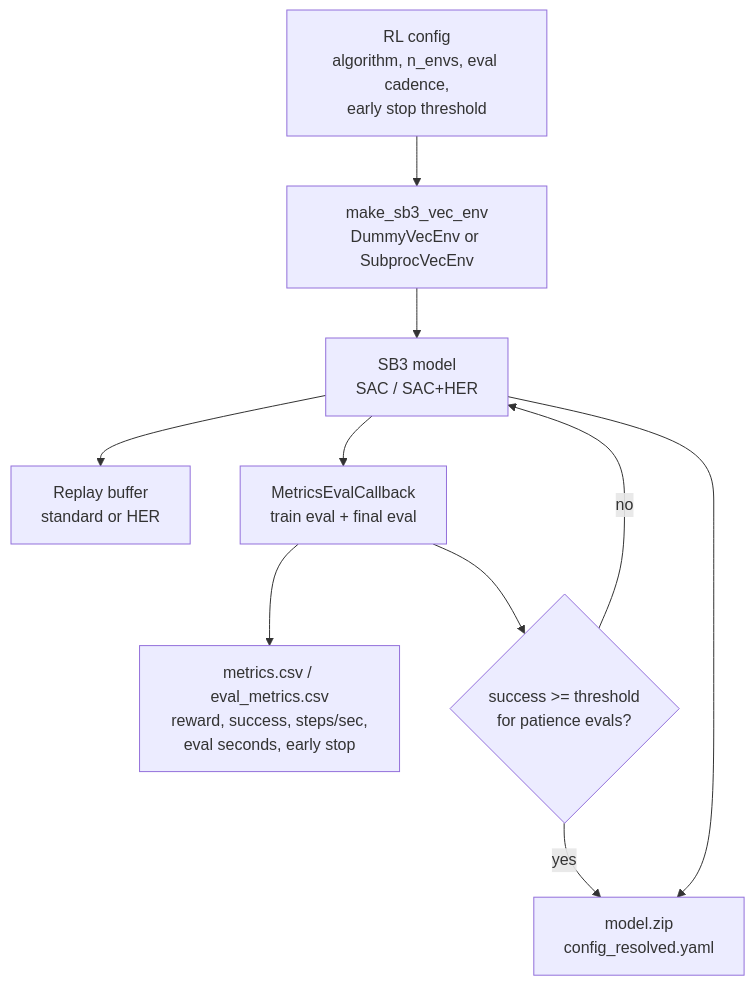
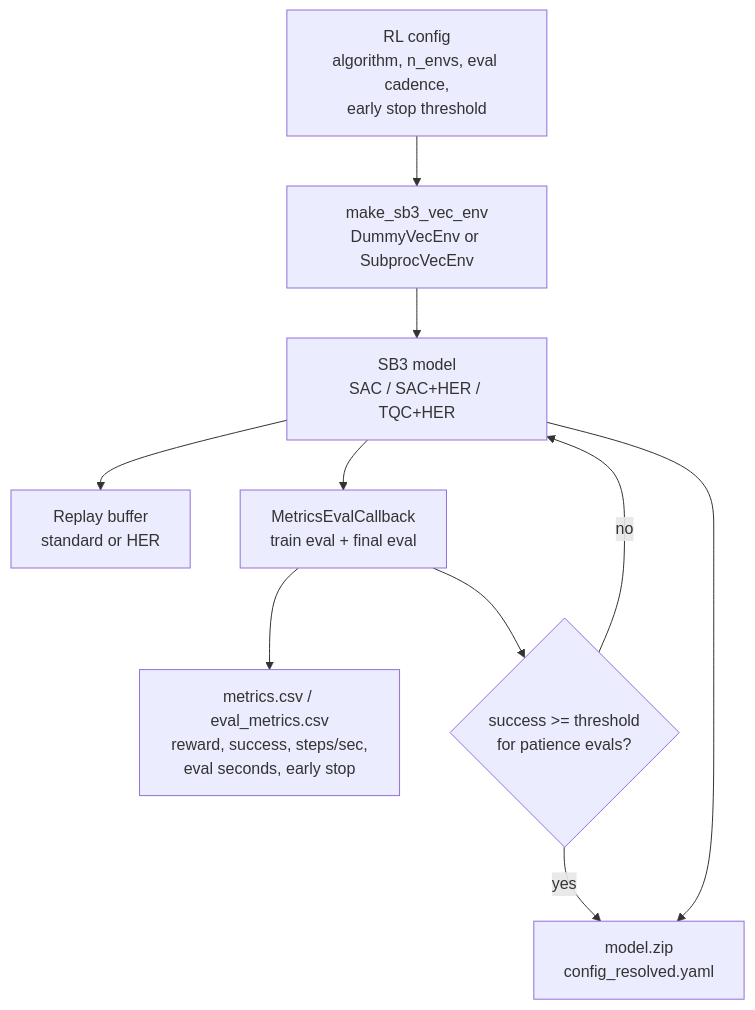
The fourth of 9 diagrams in README.md (gustavorubim/jepa-benchmark), drawn with Mermaid before and after one commit. The commit also changed other lines of this file and 14 other files, not shown here.

````diff
--- a/README.md
+++ b/README.md
@@ -131,12 +131,12 @@
 ```mermaid
 flowchart TD
     RLConfig["RL config\nalgorithm, n_envs, eval cadence,\nearly stop threshold"] --> VecEnv["make_sb3_vec_env\nDummyVecEnv or SubprocVecEnv"]
-    VecEnv --> SB3["SB3 model\nSAC / SAC+HER"]
+    VecEnv --> SB3["SB3 model\nSAC / SAC+HER / TQC+HER"]
     SB3 --> Replay["Replay buffer\nstandard or HER"]
     SB3 --> EvalCb["MetricsEvalCallback\ntrain eval + final eval"]
     EvalCb --> Metrics["metrics.csv / eval_metrics.csv\nreward, success, steps/sec,\neval seconds, early stop"]
     EvalCb --> Stop{"success >= threshold\nfor patience evals?"}
     Stop -->|yes| Checkpoint["model.zip\nconfig_resolved.yaml"]
     Stop -->|no| SB3
     SB3 --> Checkpoint
 ```
````
